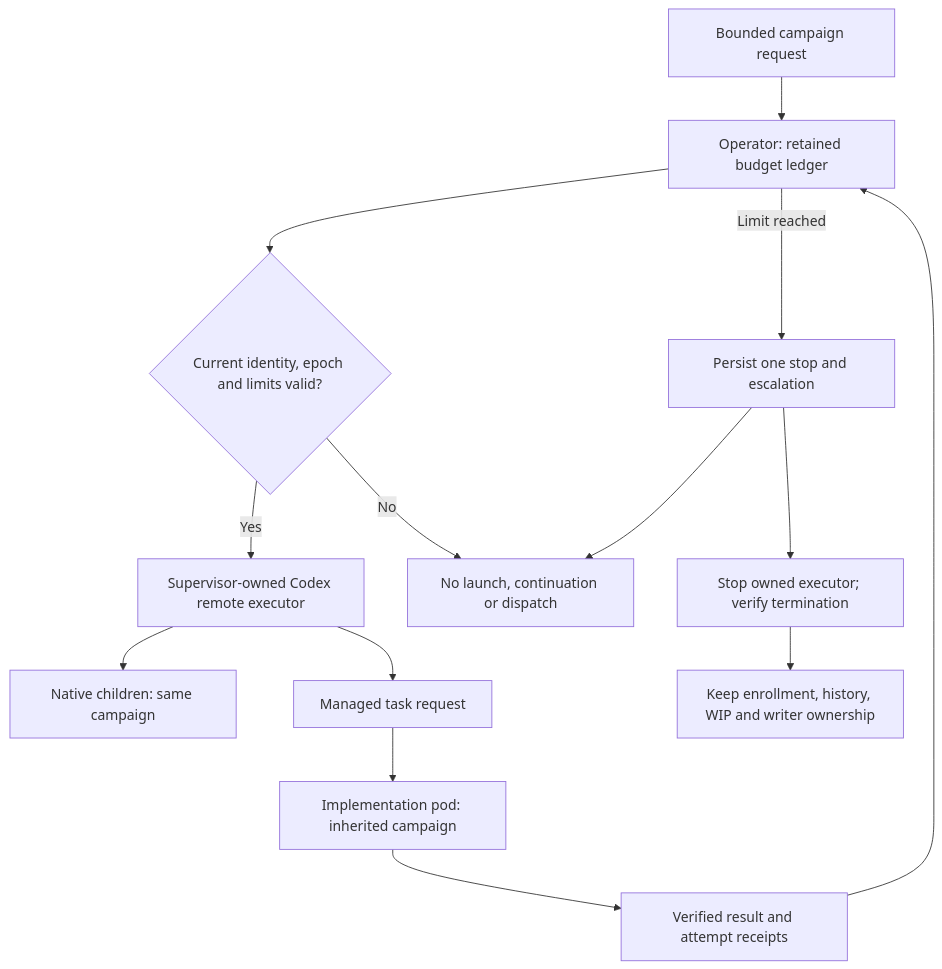
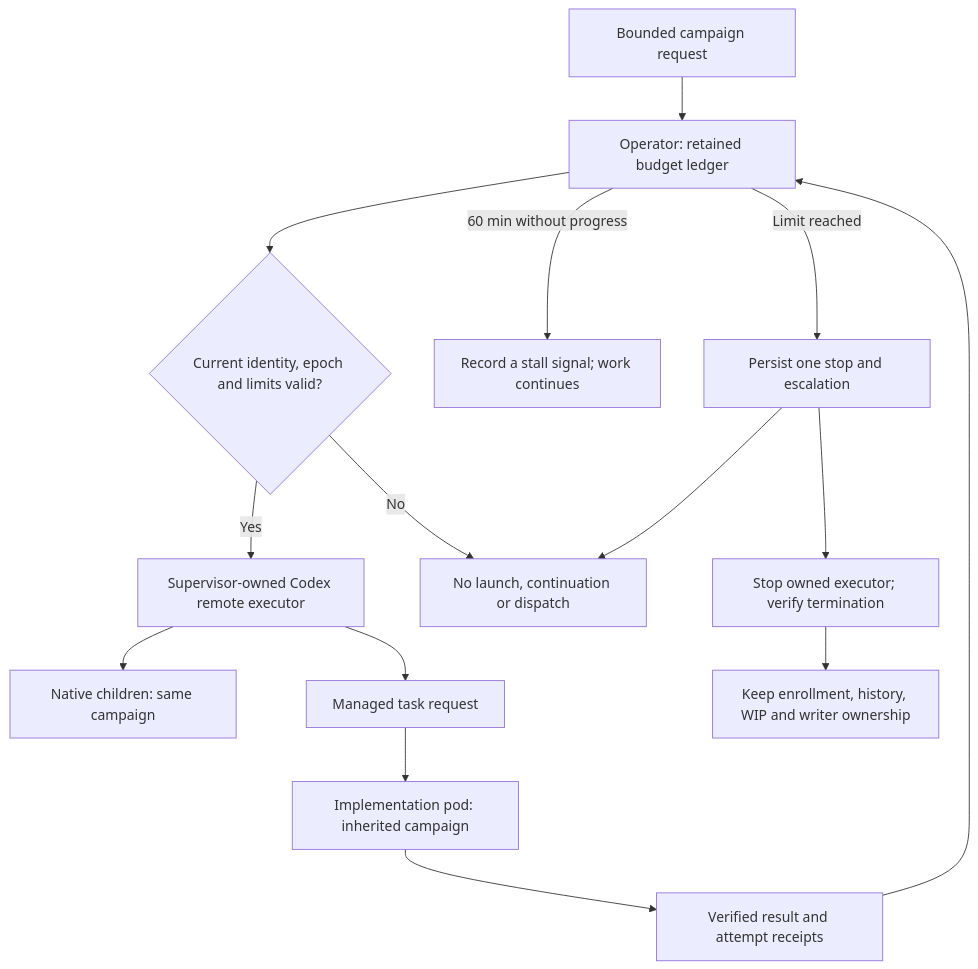
One commit to thaynes43/dev-env changed the diagram in .agents/sagas/distributed-dev-env/designs/002-task-budget-execution.md. Above: the diagram before and after it, drawn with Mermaid. The commit also changed other lines of this file and 6 other files, not shown here.

First line of the commit message:
feat(taskbudget): the 60-minute stall is a signal, not a stop (decision 94, OP400)

````diff
--- a/.agents/sagas/distributed-dev-env/designs/002-task-budget-execution.md
+++ b/.agents/sagas/distributed-dev-env/designs/002-task-budget-execution.md
@@ -26,16 +26,17 @@
 ```mermaid
 flowchart TB
     Request[Bounded campaign request] --> Ledger[Operator: retained budget ledger]
     Ledger --> Gate{Current identity, epoch and limits valid?}
     Gate -->|Yes| Host[Supervisor-owned Codex remote executor]
     Host --> Children[Native children: same campaign]
     Host --> API[Managed task request]
     API --> Task[Implementation pod: inherited campaign]
     Task --> Evidence[Verified result and attempt receipts]
     Evidence --> Ledger
     Gate -->|No| Stop[No launch, continuation or dispatch]
+    Ledger -->|60 min without progress| Signal[Record a stall signal; work continues]
     Ledger -->|Limit reached| Latch[Persist one stop and escalation]
     Latch --> Stop
     Latch --> Supervisor[Stop owned executor; verify termination]
     Supervisor --> Retain[Keep enrollment, history, WIP and writer ownership]
 ```
````
